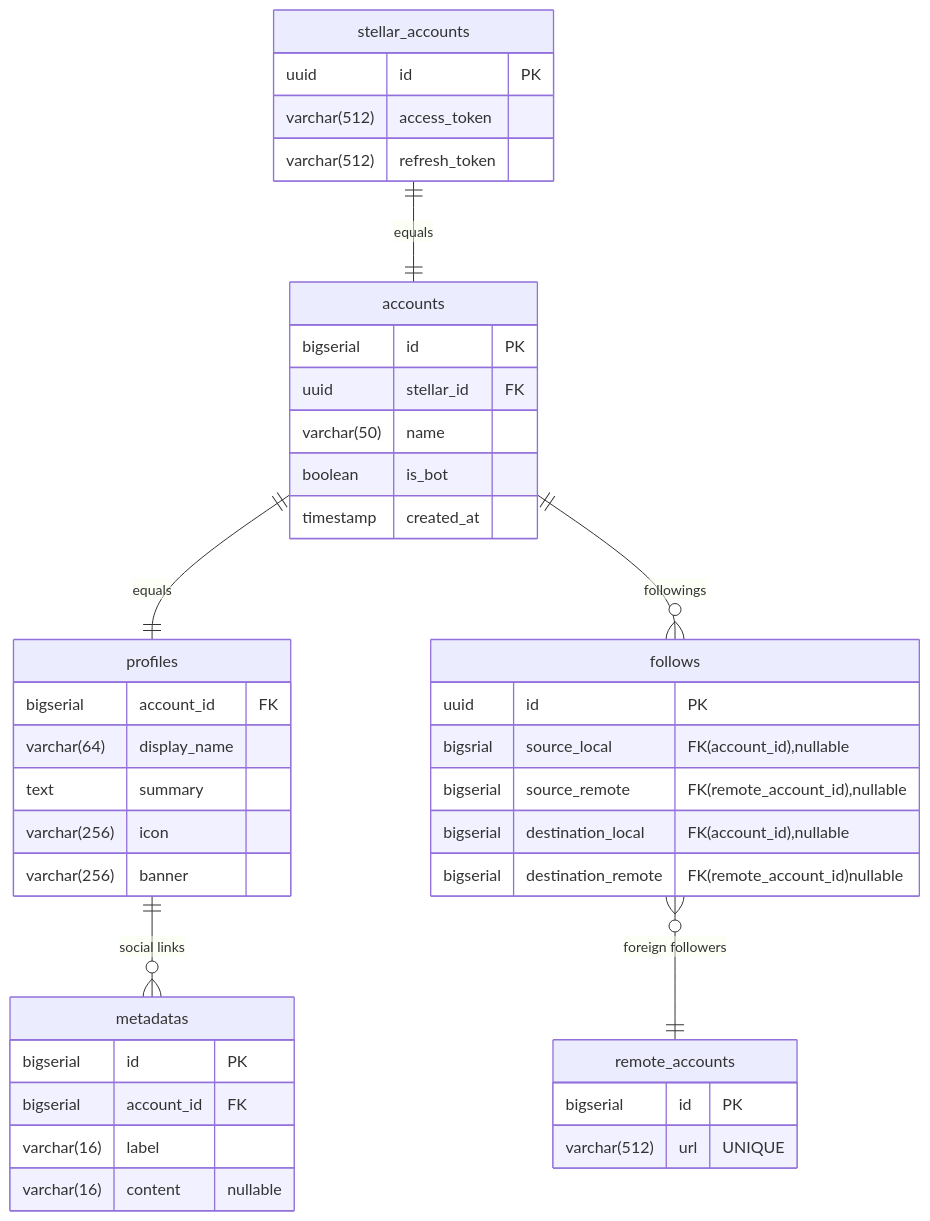
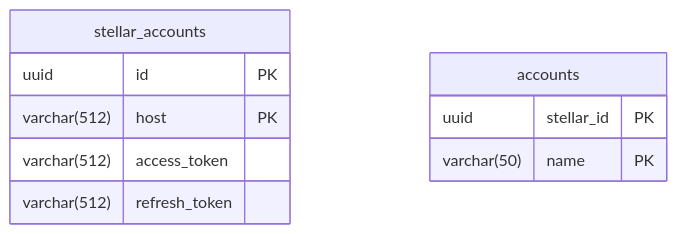
Before and after one commit to ShuttlePub/document: the first of 2 diagrams in docs/shuttlepub-core/data-structure.md, drawn with Mermaid. The commit also changed 1 other file, not shown here.

Commit message:
Separate account service data structure

````diff
--- a/docs/shuttlepub-core/data-structure.md
+++ b/docs/shuttlepub-core/data-structure.md
@@ -5,47 +5,13 @@
 ```mermaid
 erDiagram
-accounts {
-	bigserial id "PK"
-	uuid stellar_id "FK"
-	varchar(50) name
-	boolean is_bot
-	timestamp created_at
-}
-profiles {
-	bigserial account_id "FK"
-	varchar(64) display_name
-	text summary
- 	varchar(256) icon
-	varchar(256) banner
-}
-metadatas {
-	bigserial id "PK"
-	bigserial account_id "FK"
-	varchar(16) label
-	varchar(16) content "nullable"
-}
 stellar_accounts {
 	uuid id "PK"
+	varchar(512) host "PK"
 	varchar(512) access_token
 	varchar(512) refresh_token
 }
-follows {
-	uuid id "PK"
-	bigsrial source_local "FK(account_id),nullable"
-	bigserial source_remote "FK(remote_account_id),nullable"
-	
-	bigserial destination_local "FK(account_id),nullable"
-	bigserial destination_remote "FK(remote_account_id)nullable"
+accounts {
+	uuid stellar_id "PK" 
+	varchar(50) name "PK"
 }
-
-remote_accounts {
-	bigserial id "PK"
-	varchar(512) url "UNIQUE"
-}
-
-accounts ||--|| profiles : "equals"
-stellar_accounts ||--|| accounts : "equals"
-profiles ||--o{ metadatas : "social links"
-accounts ||--o{ follows : "followings"
-follows }o--|| remote_accounts : "foreign followers"
 ```
````
